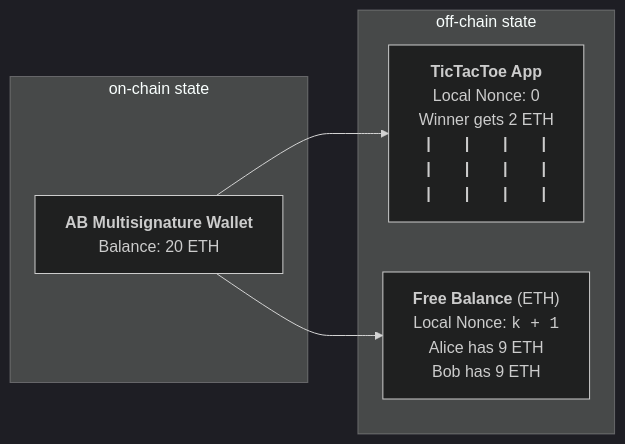
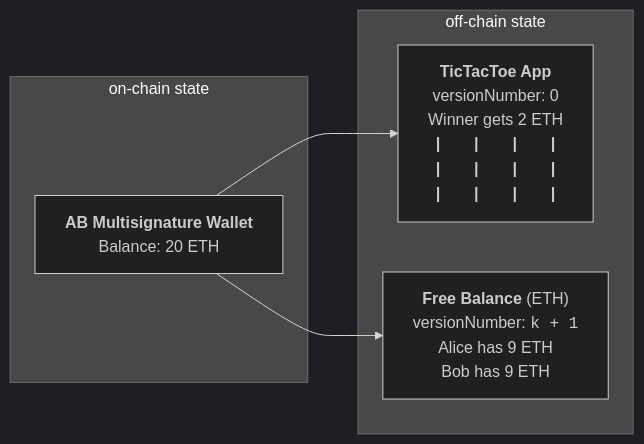
One commit to counterfactual/monorepo changed the diagram in packages/specs/source/diagrams/install-protocol-state.mmd. Above: the diagram before and after it, drawn with Mermaid (dark theme). The commit also changed 72 other files, not shown here.

Commit message:
Replace nonce with versionNumber

```diff
--- a/packages/specs/source/diagrams/install-protocol-state.mmd
+++ b/packages/specs/source/diagrams/install-protocol-state.mmd
@@ -1,10 +1,10 @@
 graph LR
     ms-->ttt
     ms-->fb
     subgraph off-chain state
-    fb["<b>Free Balance</b> (ETH) <br> Local Nonce: <tt>k + 1</tt> <br> Alice has 9 ETH <br> Bob has 9 ETH"]
-    ttt["<b>TicTacToe App</b> <br> Local Nonce: 0 <br> Winner gets 2 ETH <br><center><b><tt>| &nbsp; | &nbsp; | &nbsp; |<br>| &nbsp; | &nbsp; | &nbsp; |<br>| &nbsp; | &nbsp; | &nbsp; |</tt></b></center>"]
+    fb["<b>Free Balance</b> (ETH) <br> versionNumber: <tt>k + 1</tt> <br> Alice has 9 ETH <br> Bob has 9 ETH"]
+    ttt["<b>TicTacToe App</b> <br> versionNumber: 0 <br> Winner gets 2 ETH <br><center><b><tt>| &nbsp; | &nbsp; | &nbsp; |<br>| &nbsp; | &nbsp; | &nbsp; |<br>| &nbsp; | &nbsp; | &nbsp; |</tt></b></center>"]
     end
     subgraph on-chain state
     ms["<b>AB Multisignature Wallet</b> <br> Balance: 20 ETH"]
     end
```
